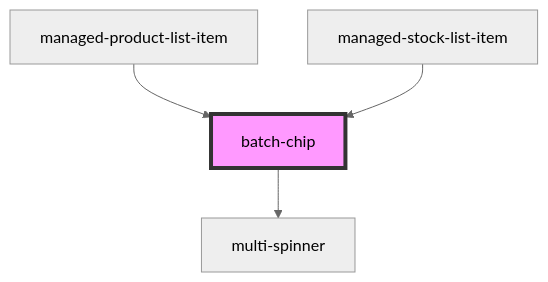
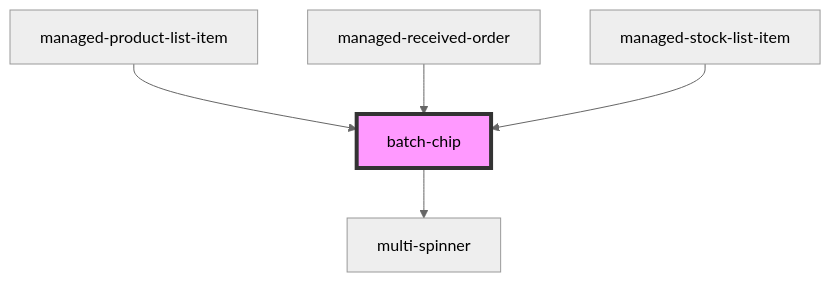
Before and after one commit to PharmaLedger-IMI/fgt-workspace: the diagram in pdm-web-components/src/components/batch-chip/readme.md, drawn with Mermaid (neutral theme). The commit also changed other lines of this file and 12 other files, not shown here.

````diff
--- a/pdm-web-components/src/components/batch-chip/readme.md
+++ b/pdm-web-components/src/components/batch-chip/readme.md
@@ -31,7 +32,8 @@
 ```mermaid
 graph TD;
   batch-chip --> multi-spinner
   managed-product-list-item --> batch-chip
+  managed-received-order --> batch-chip
   managed-stock-list-item --> batch-chip
   style batch-chip fill:#f9f,stroke:#333,stroke-width:4px
 ```
````
